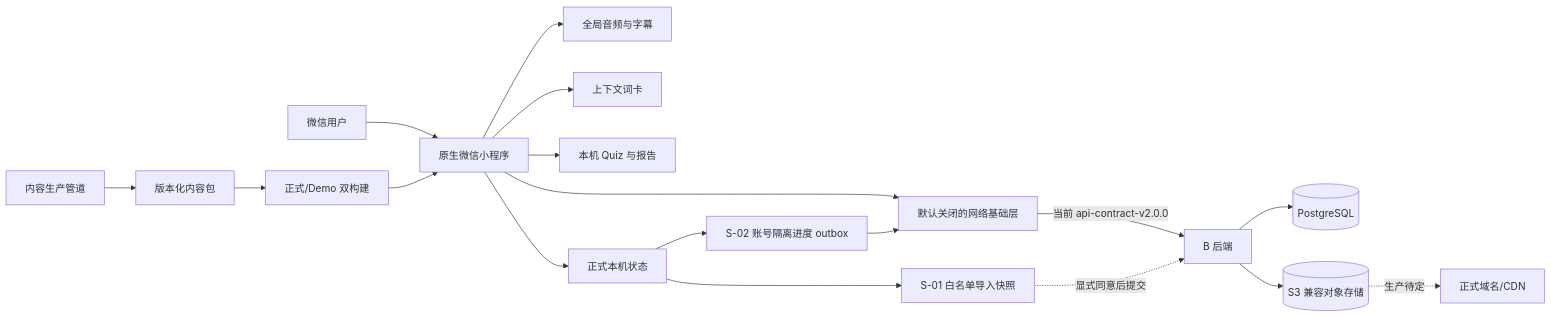
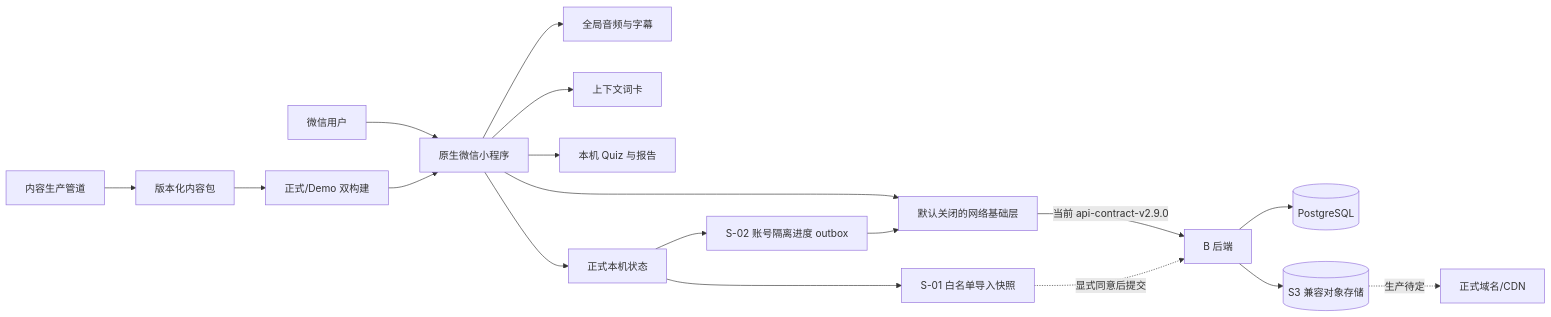
Before and after one commit to Evil-Bubble-wzx/wechat-project: the diagram in 听阅小程序-技术架构与需求总览-v4.0.md, drawn with Mermaid. The commit also changed other lines of this file and 123 other files, not shown here.

````diff
--- a/听阅小程序-技术架构与需求总览-v4.0.md
+++ b/听阅小程序-技术架构与需求总览-v4.0.md
@@ -93,20 +95,20 @@
 ```mermaid
 flowchart LR
     U[微信用户] --> MP[原生微信小程序]
     MP --> PLAYER[全局音频与字幕]
     MP --> VOCAB[上下文词卡]
     MP --> QUIZ[本机 Quiz 与报告]
     MP --> STORE[正式本机状态]
     MP --> NET[默认关闭的网络基础层]
     STORE --> IMPORT[S-01 白名单导入快照]
     STORE --> PROGRESS[S-02 账号隔离进度 outbox]
-    NET -->|当前 api-contract-v2.0.0| B[B 后端]
+    NET -->|当前 api-contract-v2.9.0| B[B 后端]
     IMPORT -. 显式同意后提交 .-> B
     PROGRESS --> NET
     B --> DB[(PostgreSQL)]
     B --> MEDIA[(S3 兼容对象存储)]
     MEDIA -. 生产待定 .-> CDN[正式域名/CDN]
     PIPE[内容生产管道] --> PKG[版本化内容包]
     PKG --> BUILD[正式/Demo 双构建]
     BUILD --> MP
 ```
````
